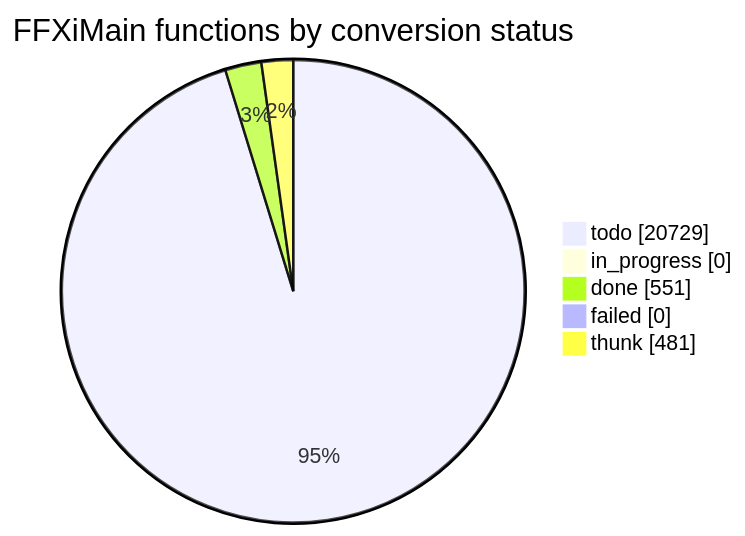
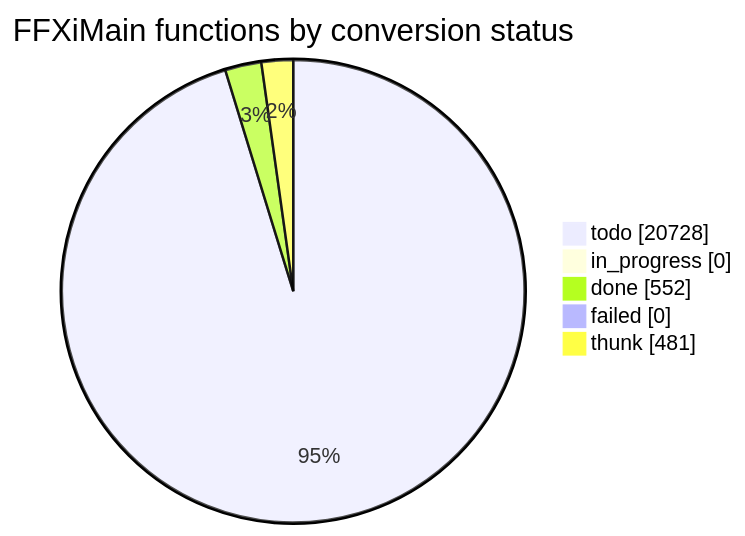
Before and after one commit to cowrevenge/cow_kuluu_xi_anything: the diagram in docs/cow/STATUS.md, drawn with Mermaid. The commit also changed other lines of this file and 9 other files, not shown here.

````diff
--- a/docs/cow/STATUS.md
+++ b/docs/cow/STATUS.md
@@ -18,9 +18,9 @@
 ```mermaid
 pie showData
     title FFXiMain functions by conversion status
-    "todo" : 20729
+    "todo" : 20728
     "in_progress" : 0
-    "done" : 551
+    "done" : 552
     "failed" : 0
     "thunk" : 481
 ```
````
